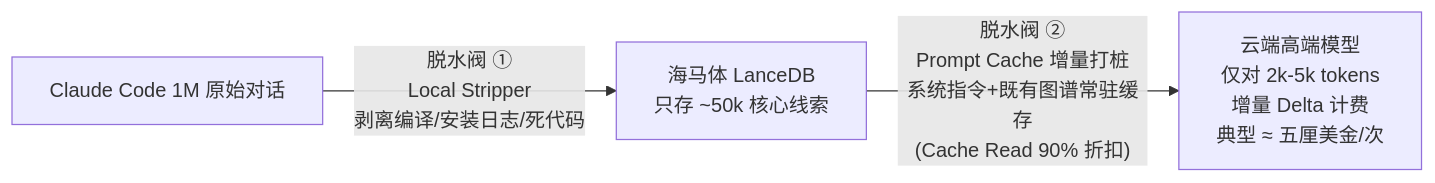
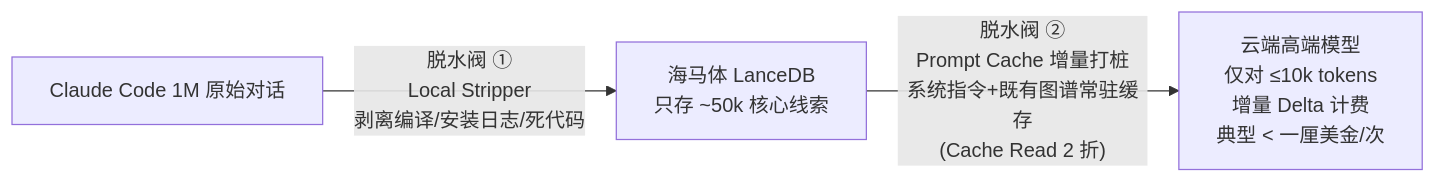
Before and after one commit to MnemoSeed/mnemoseed: the fourth of 5 diagrams in docs/design/02-梦境引擎.md, drawn with Mermaid. The commit also changed other lines of this file and 8 other files, not shown here.

````diff
--- a/docs/design/02-梦境引擎.md
+++ b/docs/design/02-梦境引擎.md
@@ -111,5 +111,5 @@
 ```mermaid
 flowchart LR
     A["Claude Code 1M 原始对话"] -->|"脱水阀 ①<br/>Local Stripper<br/>剥离编译/安装日志/死代码"| B["海马体 LanceDB<br/>只存 ~50k 核心线索"]
-    B -->|"脱水阀 ②<br/>Prompt Cache 增量打桩<br/>系统指令+既有图谱常驻缓存<br/>(Cache Read 90% 折扣)"| C["云端高端模型<br/>仅对 2k-5k tokens<br/>增量 Delta 计费<br/>典型 ≈ 五厘美金/次"]
+    B -->|"脱水阀 ②<br/>Prompt Cache 增量打桩<br/>系统指令+既有图谱常驻缓存<br/>(Cache Read 2 折)"| C["云端高端模型<br/>仅对 ≤10k tokens<br/>增量 Delta 计费<br/>典型 < 一厘美金/次"]
 ```
````
